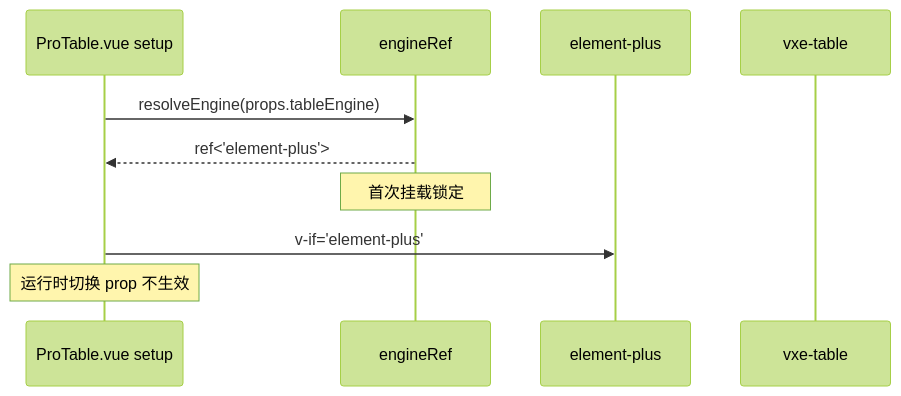
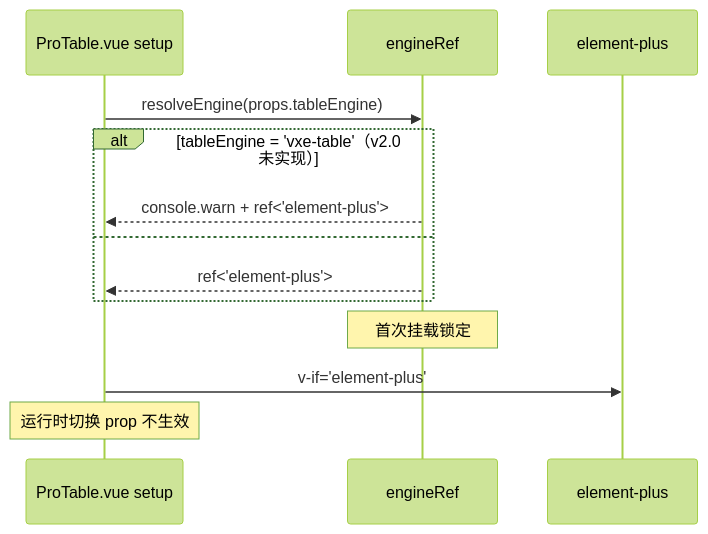
The second of 2 diagrams in src/components/ProTable/ARCHITECTURE.md (Mr-Super-X/vue3-vite-project), drawn with Mermaid (forest theme) before and after one commit. The commit also changed other lines of this file and 15 other files, not shown here.

````diff
--- a/src/components/ProTable/ARCHITECTURE.md
+++ b/src/components/ProTable/ARCHITECTURE.md
@@ -46,12 +45,15 @@
 ```mermaid
 sequenceDiagram
     participant Setup as ProTable.vue setup
     participant Engine as engineRef
     participant EP as element-plus
-    participant Vxe as vxe-table
     Setup->>Engine: resolveEngine(props.tableEngine)
-    Engine-->>Setup: ref<'element-plus'>
+    alt tableEngine = 'vxe-table'（v2.0 未实现）
+        Engine-->>Setup: console.warn + ref<'element-plus'>
+    else
+        Engine-->>Setup: ref<'element-plus'>
+    end
     Note over Engine: 首次挂载锁定
     Setup->>EP: v-if='element-plus'
     Note over Setup: 运行时切换 prop 不生效
 ```
````
